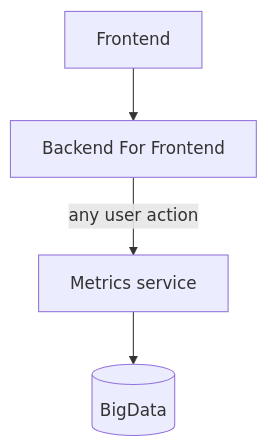
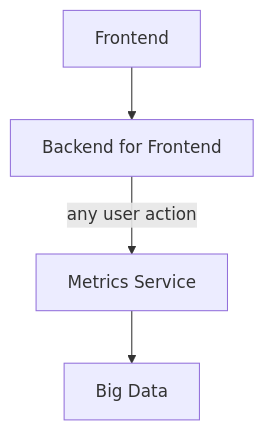
Diagram 11 of 12 in docs/README.md (kevthunder/Vention-system-design-assessment), drawn with Mermaid before and after one commit. The commit also changed other lines of this file and 1 other file, not shown here.

````diff
--- a/docs/README.md
+++ b/docs/README.md
@@ -256,11 +261,11 @@
 ```mermaid
 flowchart TD
     Frontend[Frontend]
-    BFF[Backend For Frontend]
+    BFF[Backend for Frontend]
     Frontend --> BFF
-    
-    Metric[Metrics service]
-    BigData[("BigData")]
-    BFF -- any user action --> Metric
-    Metric --> BigData
+
+    Metrics[Metrics Service]
+    BigData[Big Data]
+    BFF -- any user action --> Metrics
+    Metrics --> BigData
 ```
````
